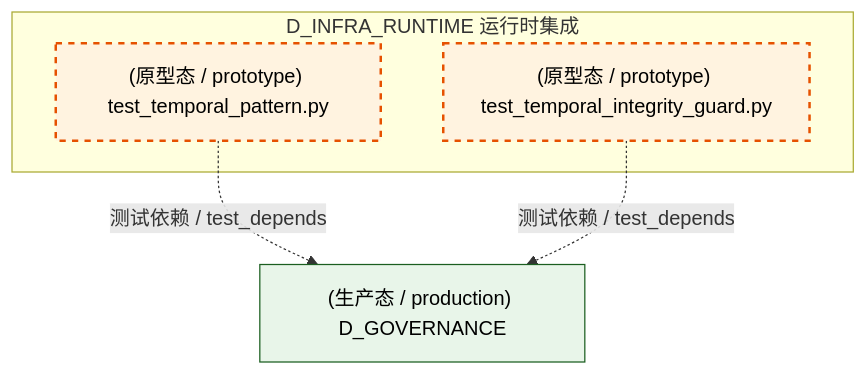
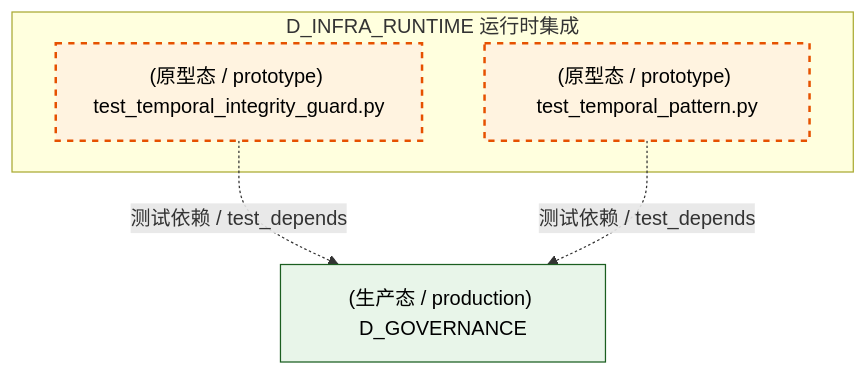
Diagram 11 of 15 in docs/02_enterprise_architecture/02_domain_architecture_docs/04_d_infra_runtime.md (xuanFelixVan/ZephyrAlpha), drawn with Mermaid before and after one commit. The commit also changed other lines of this file and 112 other files, not shown here.

````diff
--- a/docs/02_enterprise_architecture/02_domain_architecture_docs/04_d_infra_runtime.md
+++ b/docs/02_enterprise_architecture/02_domain_architecture_docs/04_d_infra_runtime.md
@@ -1258,16 +1256,16 @@
 ```mermaid
 graph TD
     subgraph D_INFRA_RUNTIME["D_INFRA_RUNTIME 运行时集成"]
         tests_temporal_test_temporal_integrity_guard_py["(原型态 / prototype) test_temporal_integrity_guard.py"]
         tests_temporal_test_temporal_pattern_py["(原型态 / prototype) test_temporal_pattern.py"]
     end
     D_GOVERNANCE["(生产态 / production) D_GOVERNANCE"]
+    tests_temporal_test_temporal_integrity_guard_py -.->|测试依赖 / test_depends| D_GOVERNANCE
     tests_temporal_test_temporal_pattern_py -.->|测试依赖 / test_depends| D_GOVERNANCE
-    tests_temporal_test_temporal_integrity_guard_py -.->|测试依赖 / test_depends| D_GOVERNANCE
     classDef production fill:#e1f5fe,stroke:#01579b,stroke-width:2px,color:#000
     classDef design fill:#fff3e0,stroke:#e65100,stroke-width:2px,color:#000,stroke-dasharray: 5 5
     classDef external_prod fill:#e8f5e9,stroke:#1b5e20,stroke-width:1px,color:#000
     classDef external_design fill:#fce4ec,stroke:#880e4f,stroke-width:1px,color:#000,stroke-dasharray: 5 5
     class tests_temporal_test_temporal_integrity_guard_py,tests_temporal_test_temporal_pattern_py design
     class D_GOVERNANCE external_prod
 ```
````
